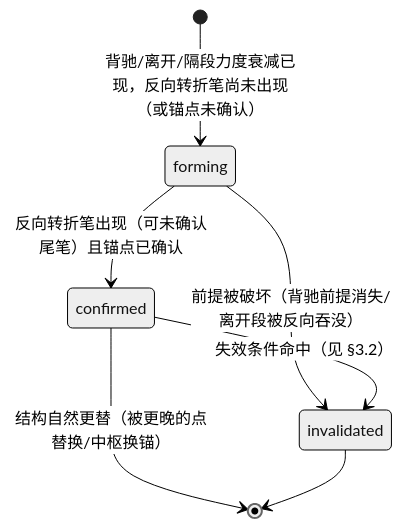
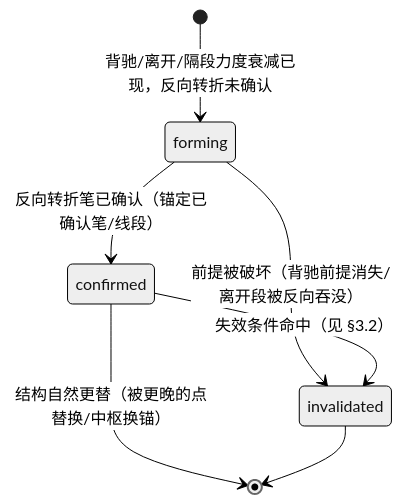
The diagram in docs/chanlun/signal-realtime-lifecycle-design.md (sinbawang/stock), drawn with Mermaid (neutral theme) before and after one commit. The commit also changed other lines of this file and 8 other files, not shown here.

````diff
--- a/docs/chanlun/signal-realtime-lifecycle-design.md
+++ b/docs/chanlun/signal-realtime-lifecycle-design.md
@@ -31,9 +31,9 @@
 ```mermaid
 stateDiagram-v2
-    [*] --> forming: 背驰/离开/隔段力度衰减已现，反向转折笔尚未出现（或锚点未确认）
-    forming --> confirmed: 反向转折笔出现（可未确认尾笔）且锚点已确认
+    [*] --> forming: 背驰/离开/隔段力度衰减已现，反向转折未确认
+    forming --> confirmed: 反向转折笔已确认（锚定已确认笔/线段）
     forming --> invalidated: 前提被破坏（背驰前提消失/离开段被反向吞没）
     confirmed --> invalidated: 失效条件命中（见 §3.2）
     confirmed --> [*]: 结构自然更替（被更晚的点替换/中枢换锚）
     invalidated --> [*]
 ```
````
